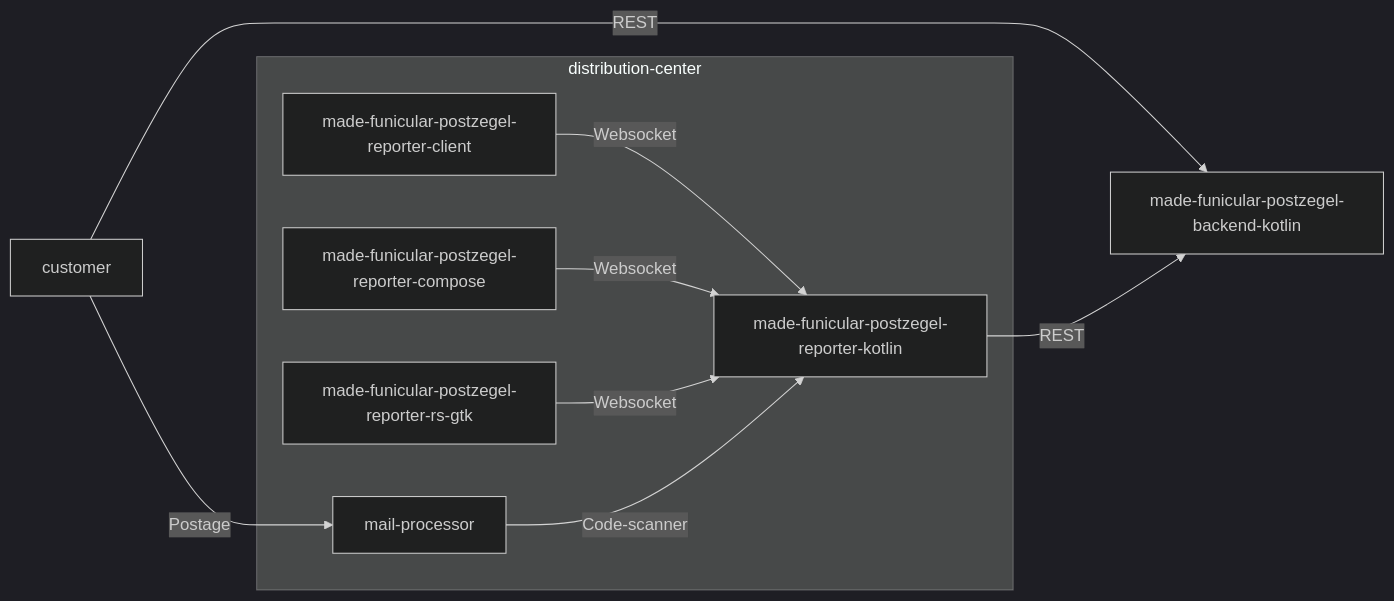
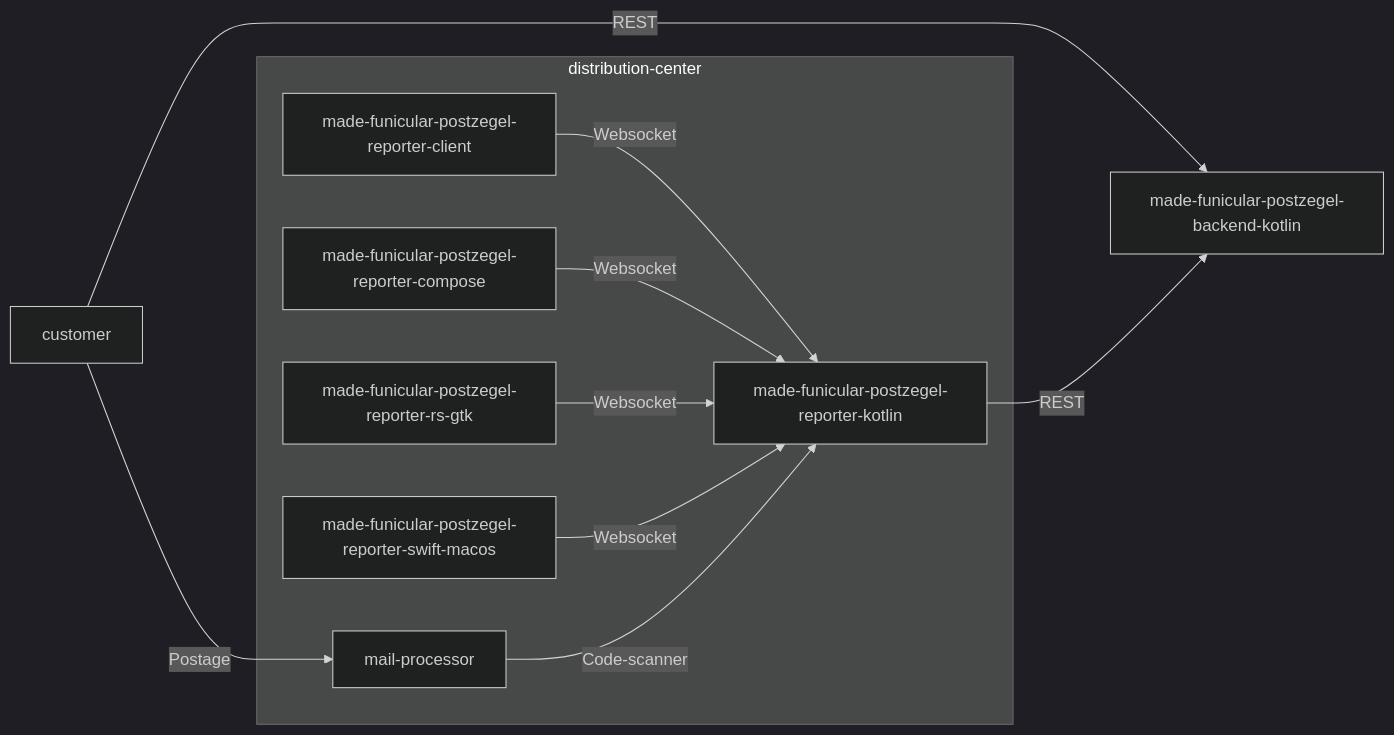
One commit to mvandermade/funicular-postcard changed the first of 3 diagrams in README.md. Above: the diagram before and after it, drawn with Mermaid (dark theme). The commit also changed other lines of this file, not shown here.

````diff
--- a/README.md
+++ b/README.md
@@ -27,12 +30,13 @@
 ```mermaid
 graph LR
   customer -->|REST| made-funicular-postzegel-backend-kotlin
   made-funicular-postzegel-reporter-kotlin -->|REST| made-funicular-postzegel-backend-kotlin
   subgraph distribution-center
   made-funicular-postzegel-reporter-client -->|Websocket| made-funicular-postzegel-reporter-kotlin
   made-funicular-postzegel-reporter-compose -->|Websocket| made-funicular-postzegel-reporter-kotlin
   made-funicular-postzegel-reporter-rs-gtk -->|Websocket| made-funicular-postzegel-reporter-kotlin
+  made-funicular-postzegel-reporter-swift-macos --> |Websocket| made-funicular-postzegel-reporter-kotlin
   mail-processor --> |Code-scanner| made-funicular-postzegel-reporter-kotlin
   end
   customer --> |Postage| mail-processor
 ```
````
